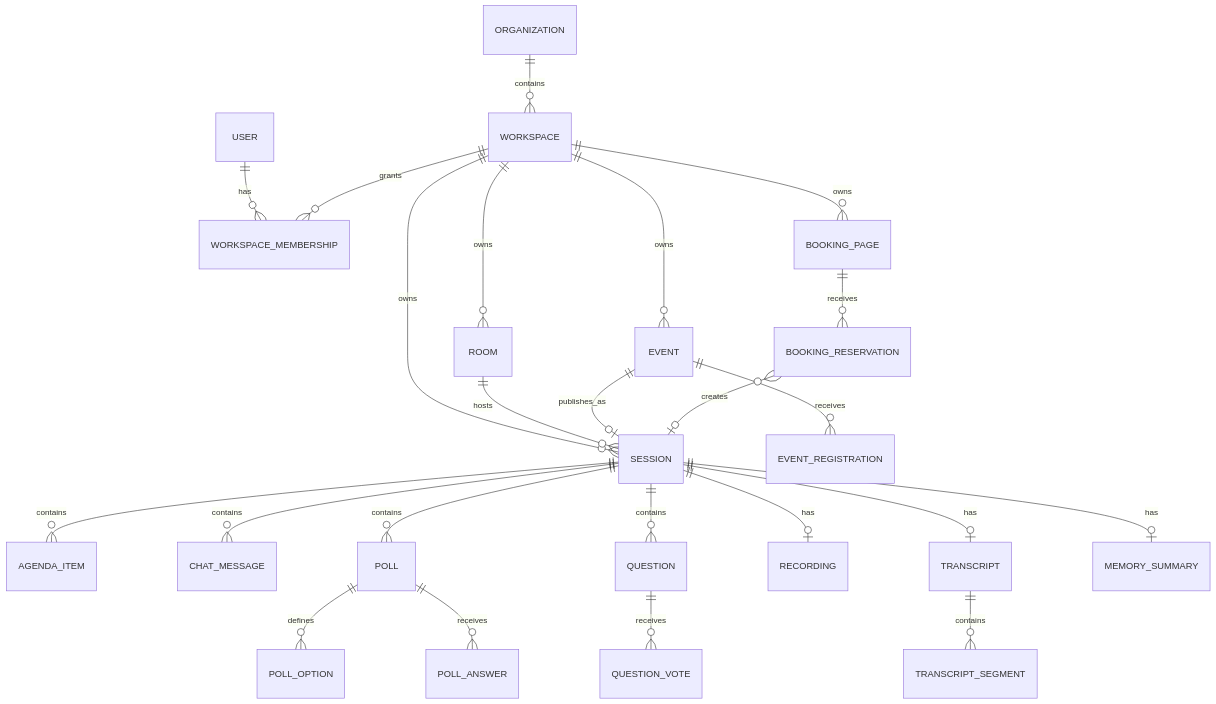
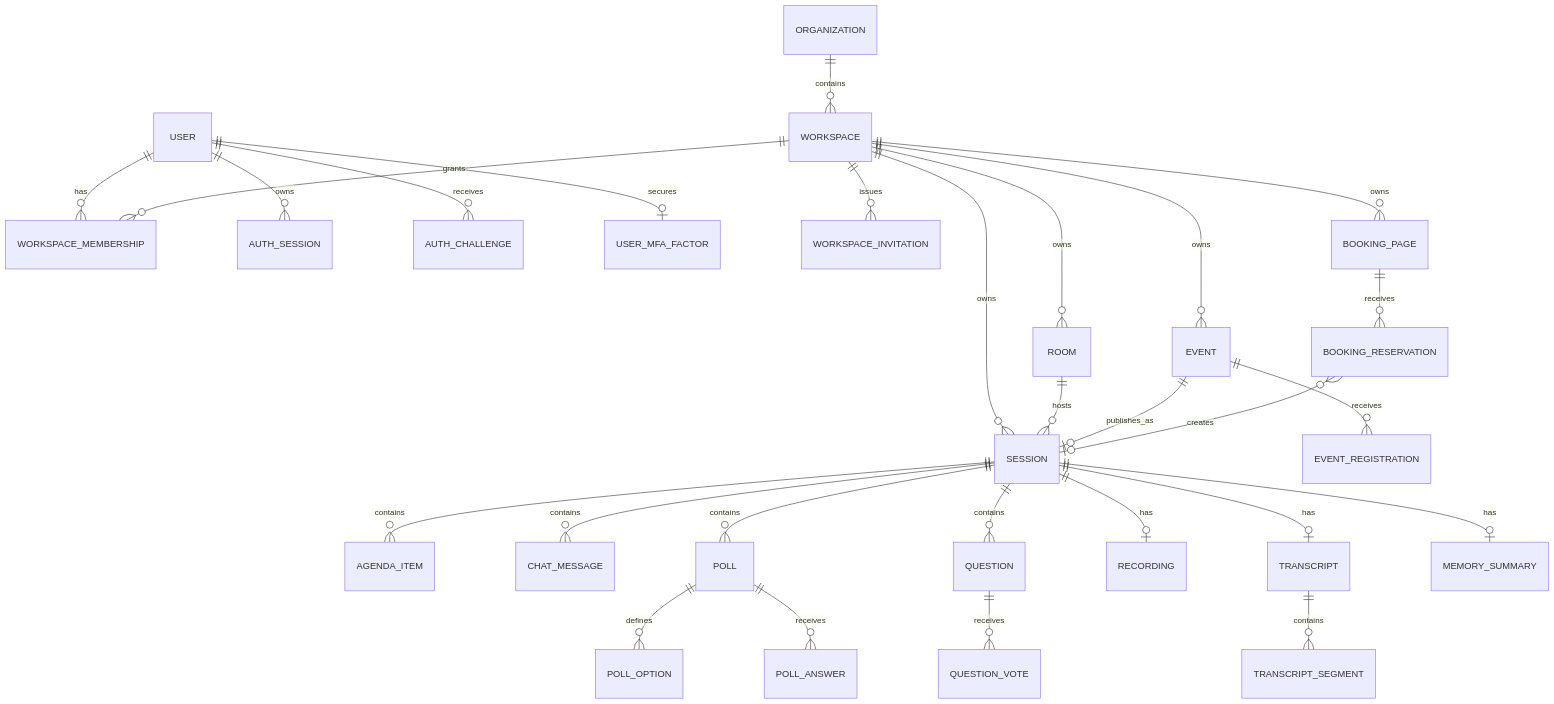
One commit to ooarchitect92/sessions changed the diagram in docs/data-model.md. Above: the diagram before and after it, drawn with Mermaid. The commit also changed other lines of this file and 84 other files, not shown here.

````diff
--- a/docs/data-model.md
+++ b/docs/data-model.md
@@ -110,26 +125,30 @@
 ```mermaid
 erDiagram
   ORGANIZATION ||--o{ WORKSPACE : contains
   USER ||--o{ WORKSPACE_MEMBERSHIP : has
   WORKSPACE ||--o{ WORKSPACE_MEMBERSHIP : grants
+  USER ||--o{ AUTH_SESSION : owns
+  USER ||--o{ AUTH_CHALLENGE : receives
+  USER ||--o| USER_MFA_FACTOR : secures
+  WORKSPACE ||--o{ WORKSPACE_INVITATION : issues
   WORKSPACE ||--o{ ROOM : owns
   WORKSPACE ||--o{ SESSION : owns
   ROOM ||--o{ SESSION : hosts
   SESSION ||--o{ AGENDA_ITEM : contains
   WORKSPACE ||--o{ EVENT : owns
   EVENT ||--o| SESSION : publishes_as
   EVENT ||--o{ EVENT_REGISTRATION : receives
   WORKSPACE ||--o{ BOOKING_PAGE : owns
   BOOKING_PAGE ||--o{ BOOKING_RESERVATION : receives
   BOOKING_RESERVATION }o--o| SESSION : creates
   SESSION ||--o{ CHAT_MESSAGE : contains
   SESSION ||--o{ POLL : contains
   POLL ||--o{ POLL_OPTION : defines
   POLL ||--o{ POLL_ANSWER : receives
   SESSION ||--o{ QUESTION : contains
   QUESTION ||--o{ QUESTION_VOTE : receives
   SESSION ||--o| RECORDING : has
   SESSION ||--o| TRANSCRIPT : has
   TRANSCRIPT ||--o{ TRANSCRIPT_SEGMENT : contains
   SESSION ||--o| MEMORY_SUMMARY : has
 ```
````
